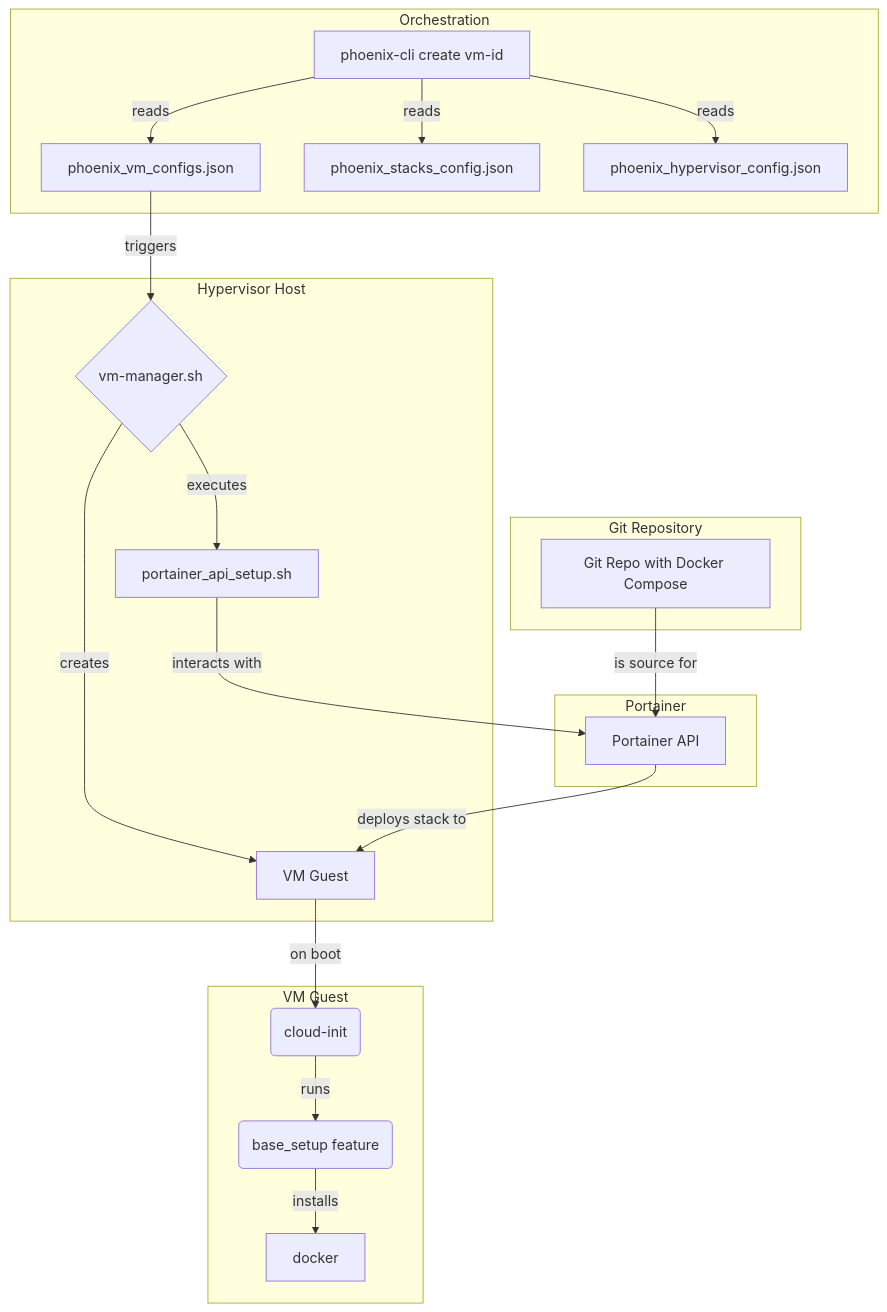
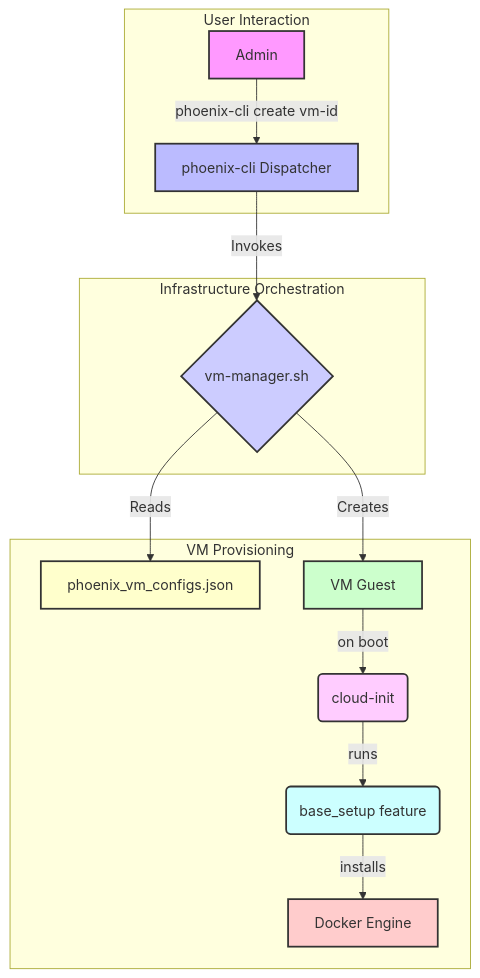
One commit to SirHeads/Testing-ideas changed the third of 6 diagrams in Thinkheads.AI_docs/02_technical_strategy_and_architecture/26_phoenix_hypervisor_unified_architecture_guide.md. Above: the diagram before and after it, drawn with Mermaid. The commit also changed other lines of this file and 20 other files, not shown here.

Commit message:
first try with portainer-manager

````diff
--- a/Thinkheads.AI_docs/02_technical_strategy_and_architecture/26_phoenix_hypervisor_unified_architecture_guide.md
+++ b/Thinkheads.AI_docs/02_technical_strategy_and_architecture/26_phoenix_hypervisor_unified_architecture_guide.md
@@ -166,31 +166,27 @@
 ```mermaid
 graph TD
-    subgraph "Orchestration"
-        A[phoenix-cli create vm-id] -- reads --> B[phoenix_vm_configs.json];
-        A -- reads --> B2[phoenix_stacks_config.json];
-        A -- reads --> B3[phoenix_hypervisor_config.json];
+    subgraph "User Interaction"
+        A[Admin] -- "phoenix-cli create vm-id" --> B[phoenix-cli Dispatcher]
     end
 
-    subgraph "Hypervisor Host"
-        B -- triggers --> C{vm-manager.sh};
-        C -- creates --> D[VM Guest];
-        C -- executes --> P[portainer_api_setup.sh];
-    end
-    
-    subgraph "Portainer"
-        P -- interacts with --> PA[Portainer API];
+    subgraph "Infrastructure Orchestration"
+        B -- Invokes --> C{vm-manager.sh};
     end
 
-    subgraph "VM Guest"
-        D -- on boot --> G(cloud-init);
-        G -- runs --> H(base_setup feature);
-        H -- installs --> I[docker];
+    subgraph "VM Provisioning"
+        C -- Reads --> D[phoenix_vm_configs.json];
+        C -- Creates --> E[VM Guest];
+        E -- on boot --> F(cloud-init);
+        F -- runs --> G(base_setup feature);
+        G -- installs --> H[Docker Engine];
     end
 
-    subgraph "Git Repository"
-        GR[Git Repo with Docker Compose]
-    end
-
-    PA -- deploys stack to --> D;
-    GR -- is source for --> PA;
+    style A fill:#f9f,stroke:#333,stroke-width:2px
+    style B fill:#bbf,stroke:#333,stroke-width:2px
+    style C fill:#ccf,stroke:#333,stroke-width:2px
+    style D fill:#ffc,stroke:#333,stroke-width:2px
+    style E fill:#cfc,stroke:#333,stroke-width:2px
+    style F fill:#fcf,stroke:#333,stroke-width:2px
+    style G fill:#cff,stroke:#333,stroke-width:2px
+    style H fill:#fcc,stroke:#333,stroke-width:2px
 ```
````
